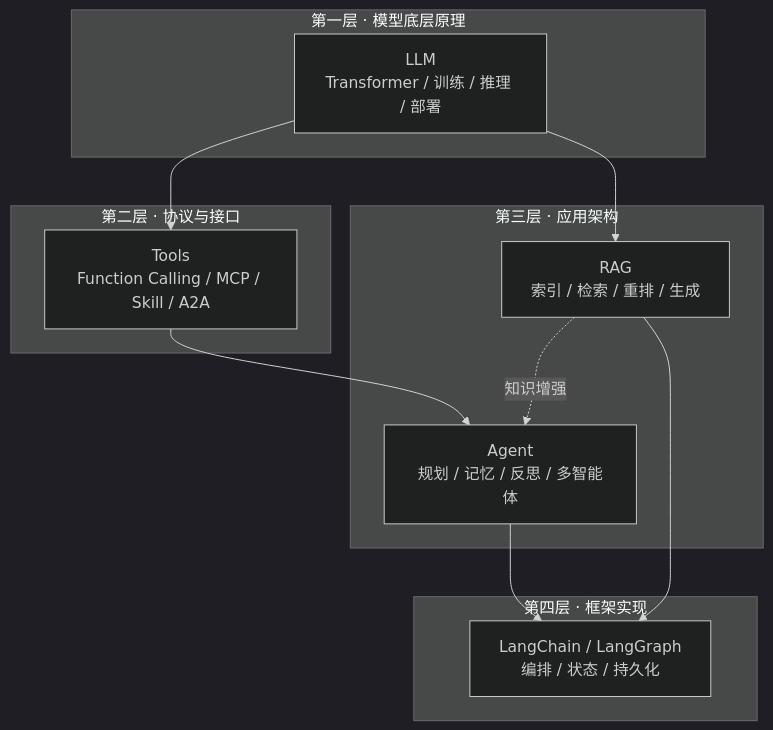
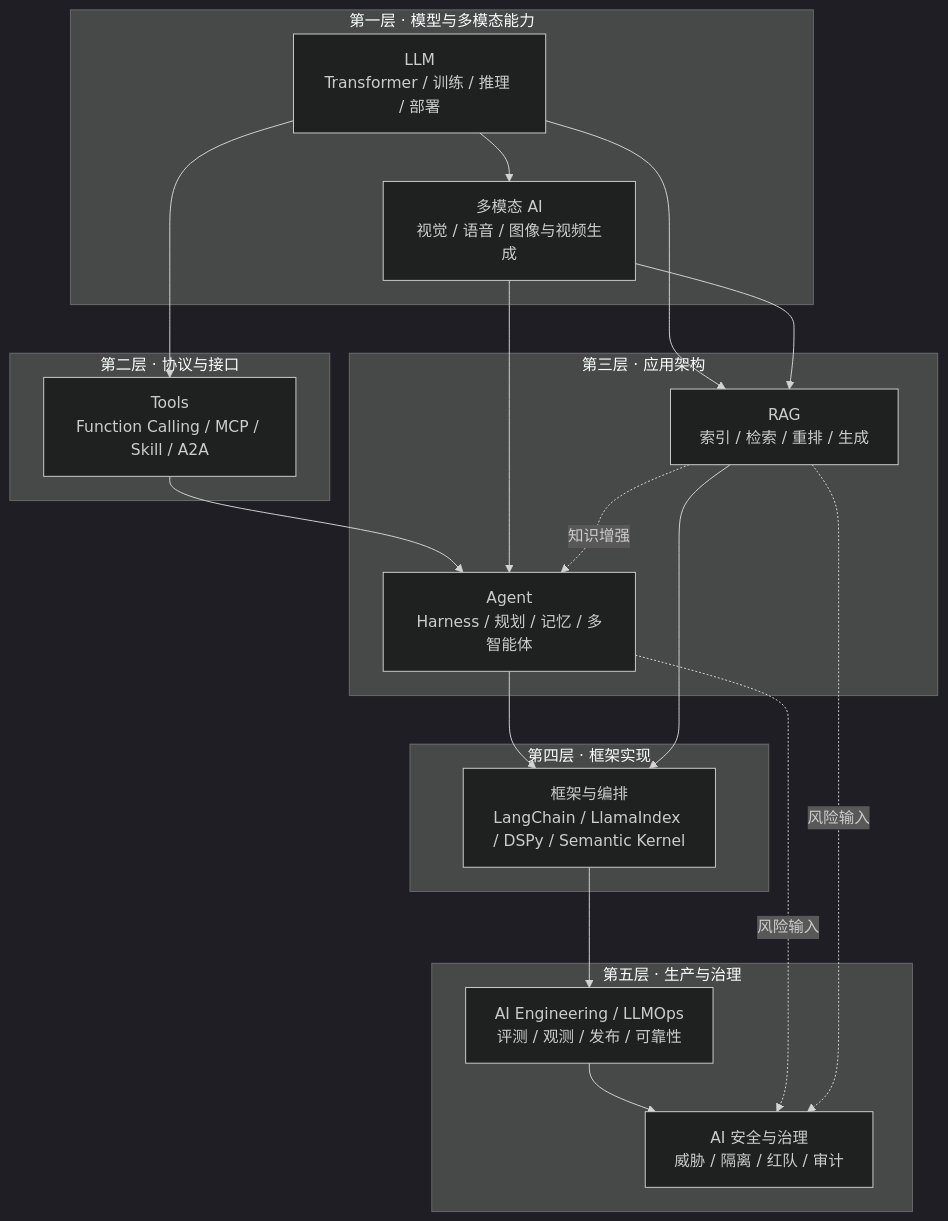
Before and after one commit to oneleaveknowsthefall/awesome-ai-roadmap: the diagram in docs/README.md, drawn with Mermaid (dark theme). The commit also changed other lines of this file and 104 other files, not shown here.

First line of the commit message:
docs: expand the AI roadmap to production and governance

````diff
--- a/docs/README.md
+++ b/docs/README.md
@@ -9,26 +9,39 @@
 ```mermaid
 flowchart TB
-    subgraph L1["第一层 · 模型底层原理"]
+    subgraph L1["第一层 · 模型与多模态能力"]
         LLM["LLM<br/>Transformer / 训练 / 推理 / 部署"]
+        MM["多模态 AI<br/>视觉 / 语音 / 图像与视频生成"]
     end
 
     subgraph L2["第二层 · 协议与接口"]
         TOOLS["Tools<br/>Function Calling / MCP / Skill / A2A"]
     end
 
     subgraph L3["第三层 · 应用架构"]
-        AGENT["Agent<br/>规划 / 记忆 / 反思 / 多智能体"]
+        AGENT["Agent<br/>Harness / 规划 / 记忆 / 多智能体"]
         RAG["RAG<br/>索引 / 检索 / 重排 / 生成"]
     end
 
     subgraph L4["第四层 · 框架实现"]
-        LC["LangChain / LangGraph<br/>编排 / 状态 / 持久化"]
+        FW["框架与编排<br/>LangChain / LlamaIndex / DSPy / Semantic Kernel"]
     end
 
+    subgraph L5["第五层 · 生产与治理"]
+        ENG["AI Engineering / LLMOps<br/>评测 / 观测 / 发布 / 可靠性"]
+        SAFE["AI 安全与治理<br/>威胁 / 隔离 / 红队 / 审计"]
+    end
+
+    LLM --> MM
     LLM --> TOOLS
     TOOLS --> AGENT
     LLM --> RAG
-    AGENT --> LC
-    RAG --> LC
+    MM --> AGENT
+    MM --> RAG
+    AGENT --> FW
+    RAG --> FW
+    FW --> ENG
+    ENG --> SAFE
+    AGENT -.风险输入.-> SAFE
+    RAG -.风险输入.-> SAFE
     RAG -.知识增强.-> AGENT
 ```
````
